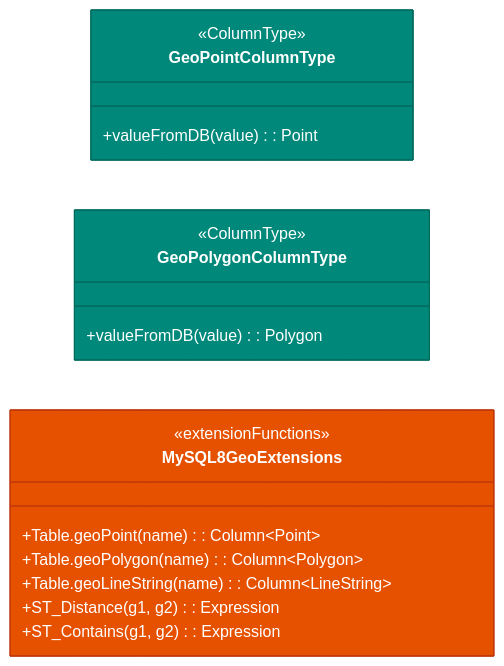
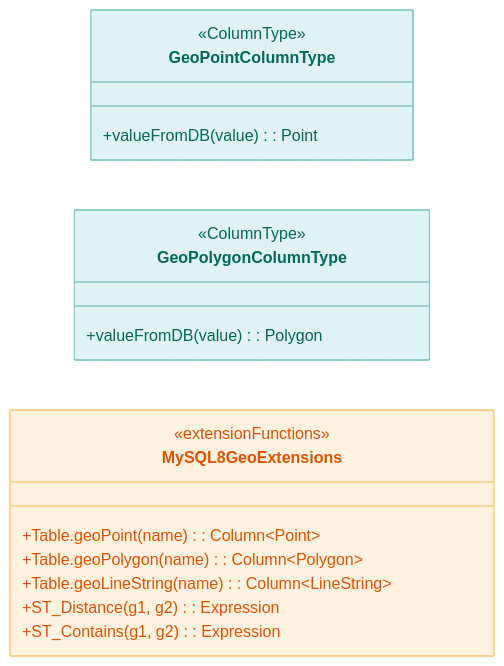
The second of 2 diagrams in data/exposed-mysql8/README.ko.md (bluetape4k/bluetape4k-projects), drawn with Mermaid (neutral theme) before and after one commit. The commit also changed other lines of this file and 219 other files, not shown here.

First line of the commit message:
docs: 전체 README Mermaid 다이어그램 가이드 적용

````diff
--- a/data/exposed-mysql8/README.ko.md
+++ b/data/exposed-mysql8/README.ko.md
@@ -47,24 +47,24 @@
 ```mermaid
 classDiagram
     direction LR
     class GeoPointColumnType {
         <<ColumnType>>
         +valueFromDB(value): Point
     }
     class GeoPolygonColumnType {
         <<ColumnType>>
         +valueFromDB(value): Polygon
     }
     class MySQL8GeoExtensions {
         <<extensionFunctions>>
         +Table.geoPoint(name): Column~Point~
         +Table.geoPolygon(name): Column~Polygon~
         +Table.geoLineString(name): Column~LineString~
         +ST_Distance(g1, g2): Expression
         +ST_Contains(g1, g2): Expression
     }
 
-    style GeoPointColumnType fill:#00897B,stroke:#00695C,color:#FFFFFF
-    style GeoPolygonColumnType fill:#00897B,stroke:#00695C,color:#FFFFFF
-    style MySQL8GeoExtensions fill:#E65100,stroke:#BF360C,color:#FFFFFF
+    style GeoPointColumnType fill:#E0F2F1,stroke:#80CBC4,color:#00695C
+    style GeoPolygonColumnType fill:#E0F2F1,stroke:#80CBC4,color:#00695C
+    style MySQL8GeoExtensions fill:#FFF3E0,stroke:#FFCC80,color:#E65100
 ```
````
